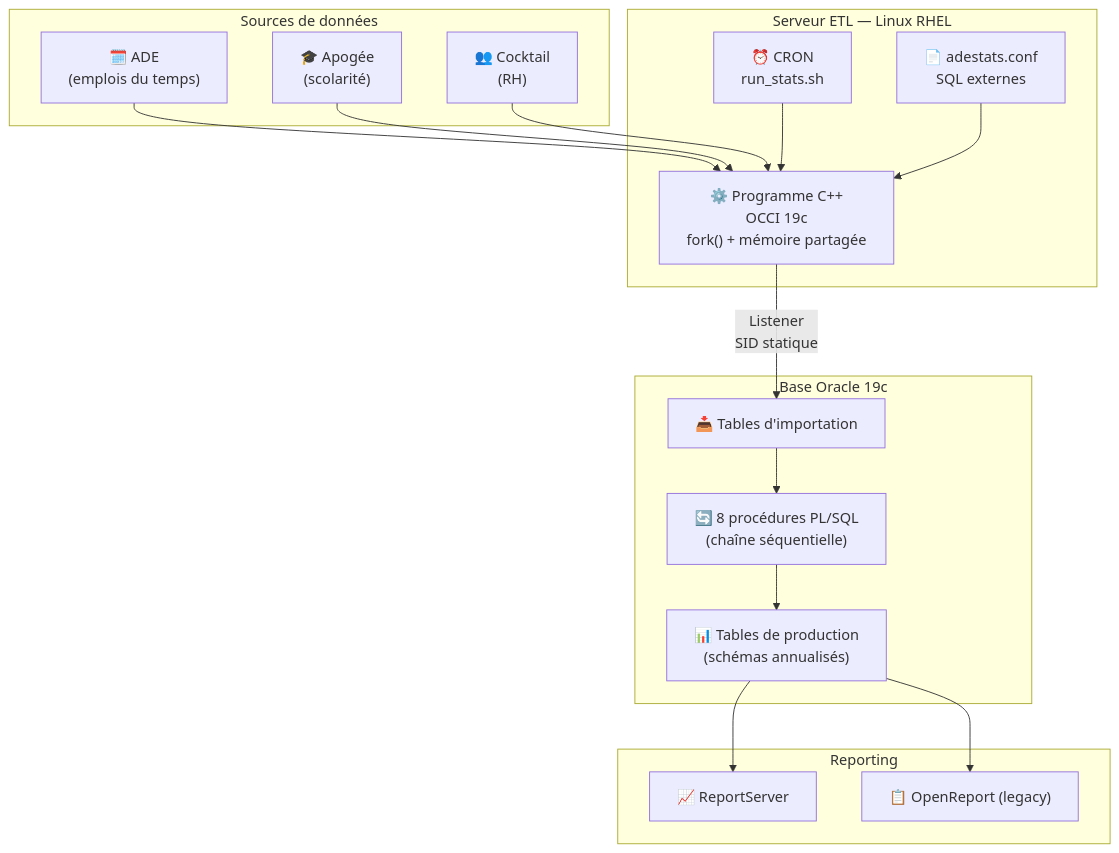
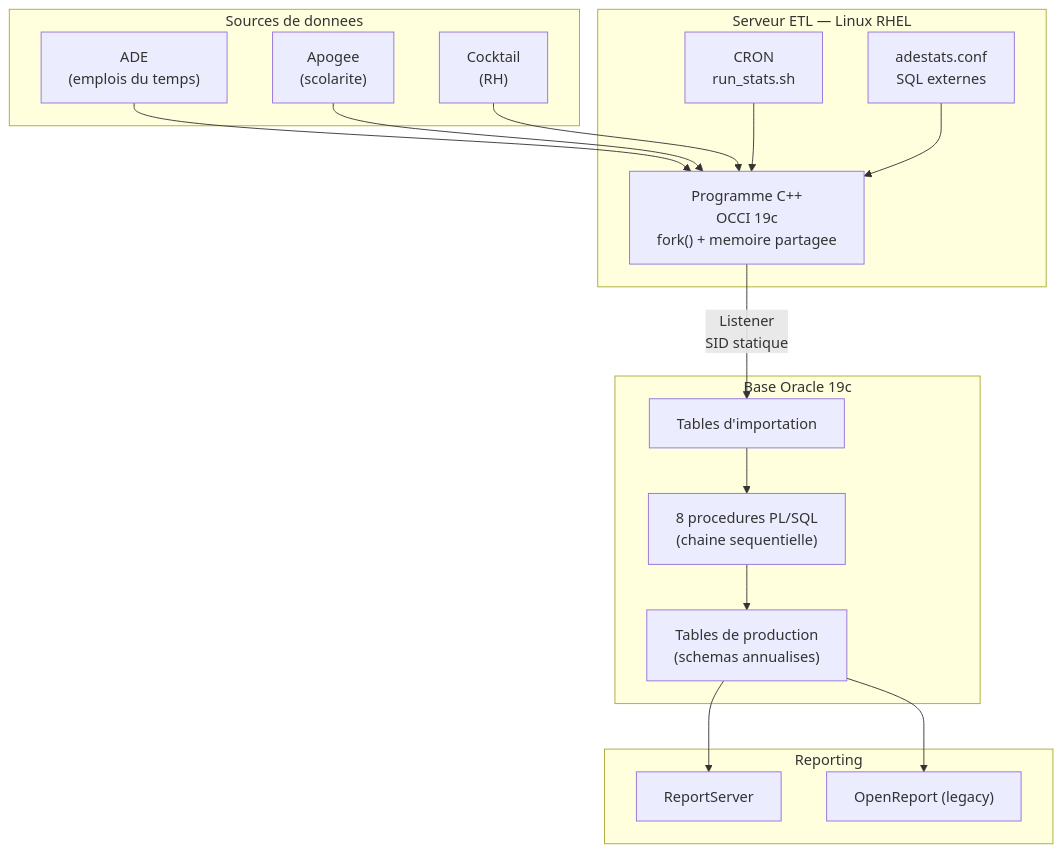
One commit to gpilliat/adestats-documentation changed the first of 2 diagrams in README.md. Above: the diagram before and after it, drawn with Mermaid. The commit also changed other lines of this file, not shown here.

````diff
--- a/README.md
+++ b/README.md
@@ -15,36 +22,37 @@
 ```mermaid
 flowchart TB
-    subgraph Sources["Sources de données"]
-        ADE["🗓️ ADE\n(emplois du temps)"]
-        APO["🎓 Apogée\n(scolarité)"]
-        COCKTAIL["👥 Cocktail\n(RH)"]
+    subgraph Sources["Sources de donnees"]
+        ADE["ADE\n(emplois du temps)"]
+        APO["Apogee\n(scolarite)"]
+        COCKTAIL["Cocktail\n(RH)"]
     end
 
     subgraph ETL["Serveur ETL — Linux RHEL"]
-        CRON["⏰ CRON\nrun_stats.sh"]
-        CPP["⚙️ Programme C++\nOCCI 19c\nfork() + mémoire partagée"]
-        CONF["📄 adestats.conf\nSQL externes"]
+        CRON["CRON\nrun_stats.sh"]
+        CPP["Programme C++\nOCCI 19c\nfork() + memoire partagee"]
+        CONF["adestats.conf\nSQL externes"]
     end
 
     subgraph Oracle["Base Oracle 19c"]
-        IMPORT["📥 Tables d'importation"]
-        PLSQL["🔄 8 procédures PL/SQL\n(chaîne séquentielle)"]
-        PROD["📊 Tables de production\n(schémas annualisés)"]
+        IMPORT["Tables d'importation"]
+        PLSQL["8 procedures PL/SQL\n(chaine sequentielle)"]
+        PROD["Tables de production\n(schemas annualises)"]
     end
 
     subgraph Reporting["Reporting"]
-        RS["📈 ReportServer"]
-        OR["📋 OpenReport (legacy)"]
+        RS["ReportServer"]
+        OR["OpenReport (legacy)"]
     end
 
     ADE --> CPP
     APO --> CPP
     COCKTAIL --> CPP
     CRON --> CPP
     CONF --> CPP
     CPP -->|"Listener\nSID statique"| IMPORT
     IMPORT --> PLSQL
     PLSQL --> PROD
     PROD --> RS
     PROD --> OR
+
 ```
````
